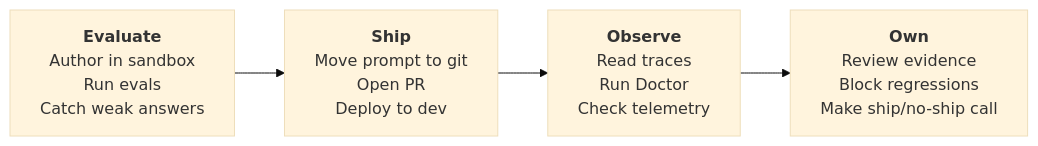
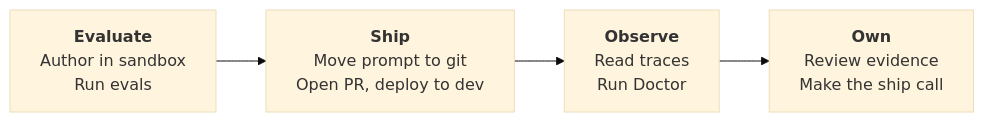
Before and after one commit to Azure/agentops: the diagram in docs/tutorial-prompt-agent.md, drawn with Mermaid (base theme). The commit also changed other lines of this file and 10 other files, not shown here.

````diff
--- a/docs/tutorial-prompt-agent.md
+++ b/docs/tutorial-prompt-agent.md
@@ -16,9 +15,8 @@
 ```mermaid
 flowchart LR
-    E["<b>Evaluate</b><br/>Author in sandbox<br/>Run evals<br/>Catch weak answers"]
-    S["<b>Ship</b><br/>Move prompt to git<br/>Open PR<br/>Deploy to dev"]
-    O["<b>Observe</b><br/>Read traces<br/>Run Doctor<br/>Check telemetry"]
-    W["<b>Own</b><br/>Review evidence<br/>Block regressions<br/>Make ship/no-ship call"]
-
+    E["<b>Evaluate</b><br/>Author in sandbox<br/>Run evals"]
+    S["<b>Ship</b><br/>Move prompt to git<br/>Open PR, deploy to dev"]
+    O["<b>Observe</b><br/>Read traces<br/>Run Doctor"]
+    W["<b>Own</b><br/>Review evidence<br/>Make the ship call"]
     E --> S --> O --> W
 ```
````
